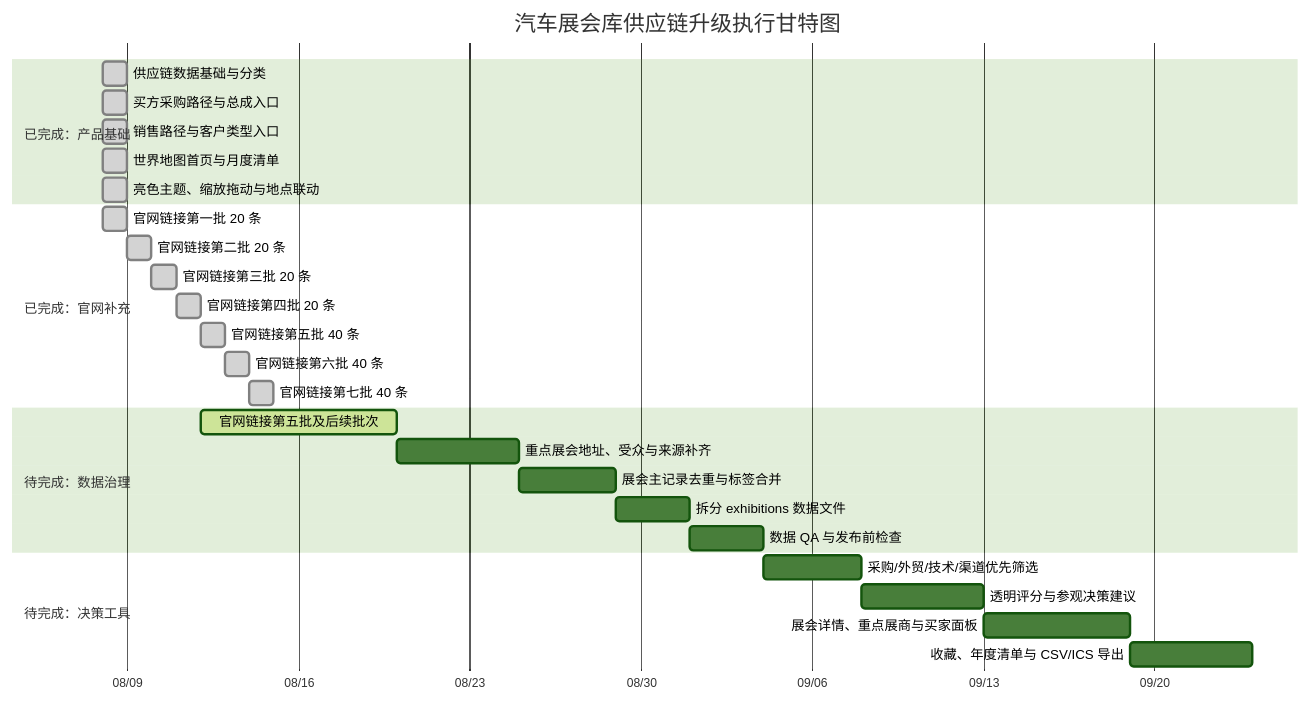
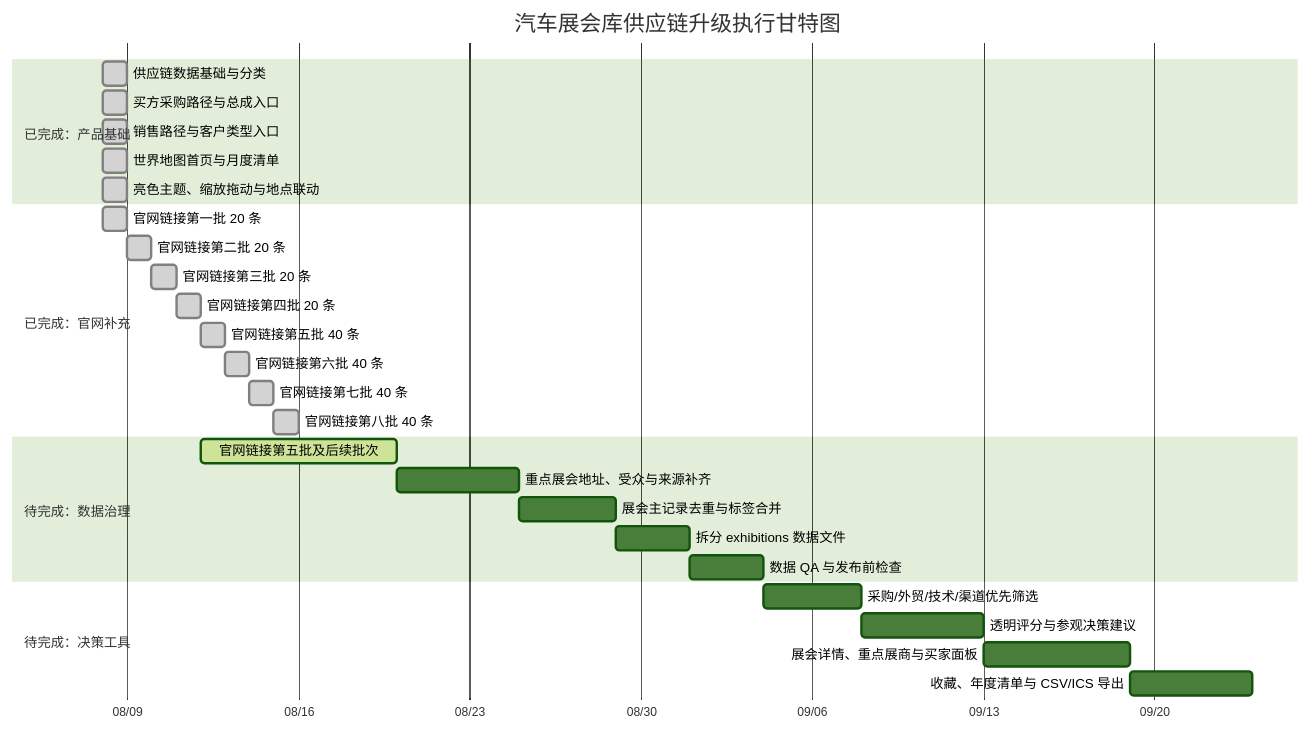
The diagram in docs/PROJECT_PROGRESS.md (Cloudyluk/auto-expo), drawn with Mermaid (forest theme) before and after one commit. The commit also changed other lines of this file and 2 other files, not shown here.

Commit message:
Add eighth batch of official exhibition links

````diff
--- a/docs/PROJECT_PROGRESS.md
+++ b/docs/PROJECT_PROGRESS.md
@@ -19,31 +19,32 @@
 ```mermaid
 gantt
     title 汽车展会库供应链升级执行甘特图
     dateFormat  YYYY-MM-DD
     axisFormat  %m/%d
     section 已完成：产品基础
     供应链数据基础与分类             :done, foundation, 2026-08-08, 1d
     买方采购路径与总成入口           :done, buyer, 2026-08-08, 1d
     销售路径与客户类型入口           :done, seller, 2026-08-08, 1d
     世界地图首页与月度清单           :done, map, 2026-08-08, 1d
     亮色主题、缩放拖动与地点联动     :done, interaction, 2026-08-08, 1d
     section 已完成：官网补充
     官网链接第一批 20 条             :done, links1, 2026-08-08, 1d
     官网链接第二批 20 条             :done, links2, after links1, 1d
     官网链接第三批 20 条             :done, links3, after links2, 1d
     官网链接第四批 20 条             :done, links4, after links3, 1d
     官网链接第五批 40 条             :done, links5done, after links4, 1d
     官网链接第六批 40 条             :done, links6done, after links5done, 1d
     官网链接第七批 40 条             :done, links7done, after links6done, 1d
+    官网链接第八批 40 条             :done, links8done, after links7done, 1d
     section 待完成：数据治理
     官网链接第五批及后续批次         :active, links5, after links4, 8d
     重点展会地址、受众与来源补齐     :fields, after links5, 5d
     展会主记录去重与标签合并         :dedupe, after fields, 4d
     拆分 exhibitions 数据文件        :split, after dedupe, 3d
     数据 QA 与发布前检查              :qa, after split, 3d
     section 待完成：决策工具
     采购/外贸/技术/渠道优先筛选       :filters, after qa, 4d
     透明评分与参观决策建议           :score, after filters, 5d
     展会详情、重点展商与买家面板      :detail, after score, 6d
     收藏、年度清单与 CSV/ICS 导出     :plan, after detail, 5d
 ```
````
